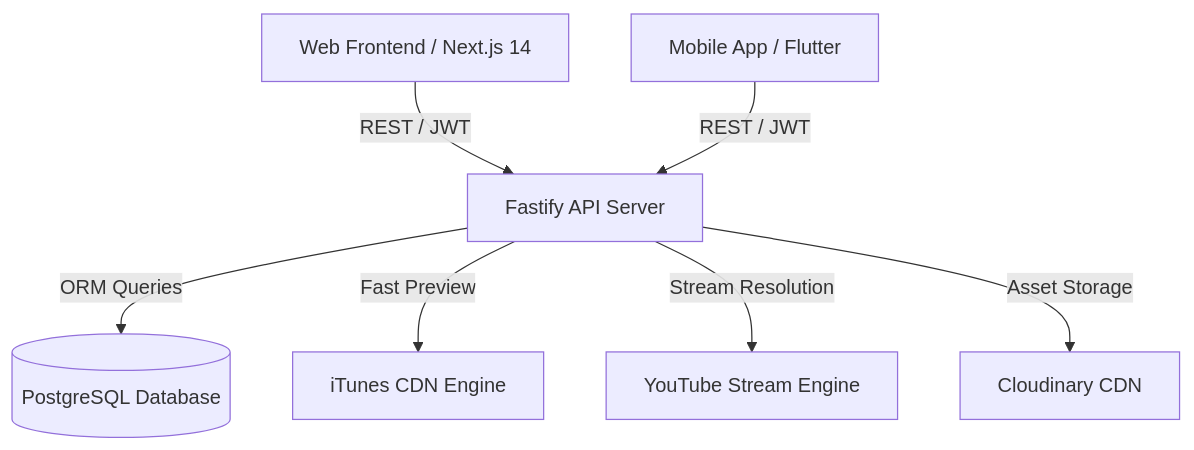
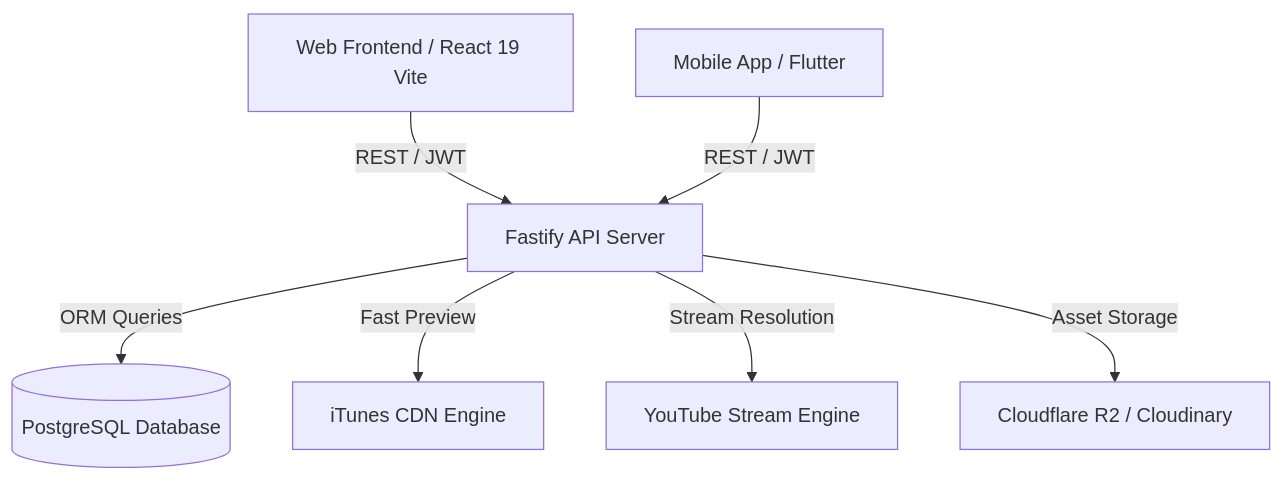
The diagram in README.md (hackerstudent29/Zenify), drawn with Mermaid before and after one commit. The commit also changed other lines of this file and 6 other files, not shown here.

````diff
--- a/README.md
+++ b/README.md
@@ -99,10 +99,10 @@
 ```mermaid
 graph TD
-    ClientWeb[Web Frontend / Next.js 14] -->|REST / JWT| FastifyAPI[Fastify API Server]
+    ClientWeb[Web Frontend / React 19 Vite] -->|REST / JWT| FastifyAPI[Fastify API Server]
     ClientMobile[Mobile App / Flutter] -->|REST / JWT| FastifyAPI
     
     FastifyAPI -->|ORM Queries| Postgres[(PostgreSQL Database)]
     FastifyAPI -->|Fast Preview| iTunesCDN[iTunes CDN Engine]
     FastifyAPI -->|Stream Resolution| YTProxy[YouTube Stream Engine]
-    FastifyAPI -->|Asset Storage| Cloudinary[Cloudinary CDN]
+    FastifyAPI -->|Asset Storage| CloudflareR2[Cloudflare R2 / Cloudinary]
 ```
````
